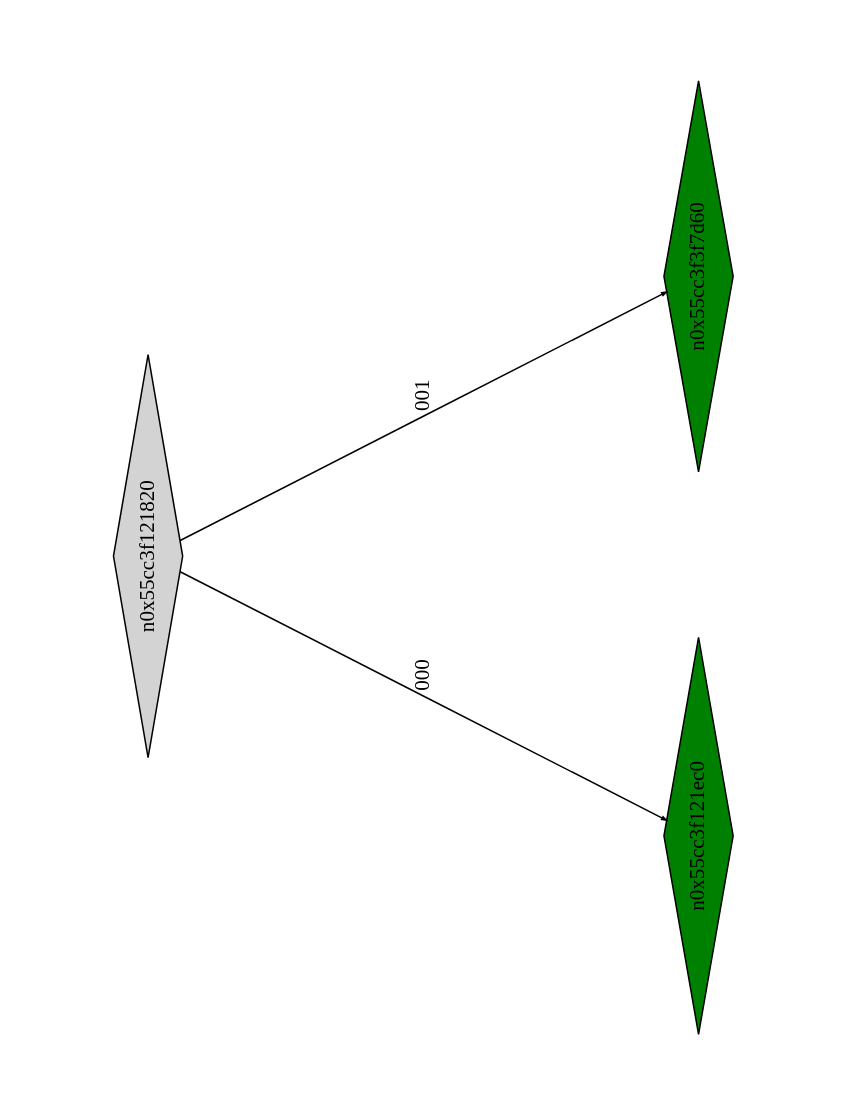
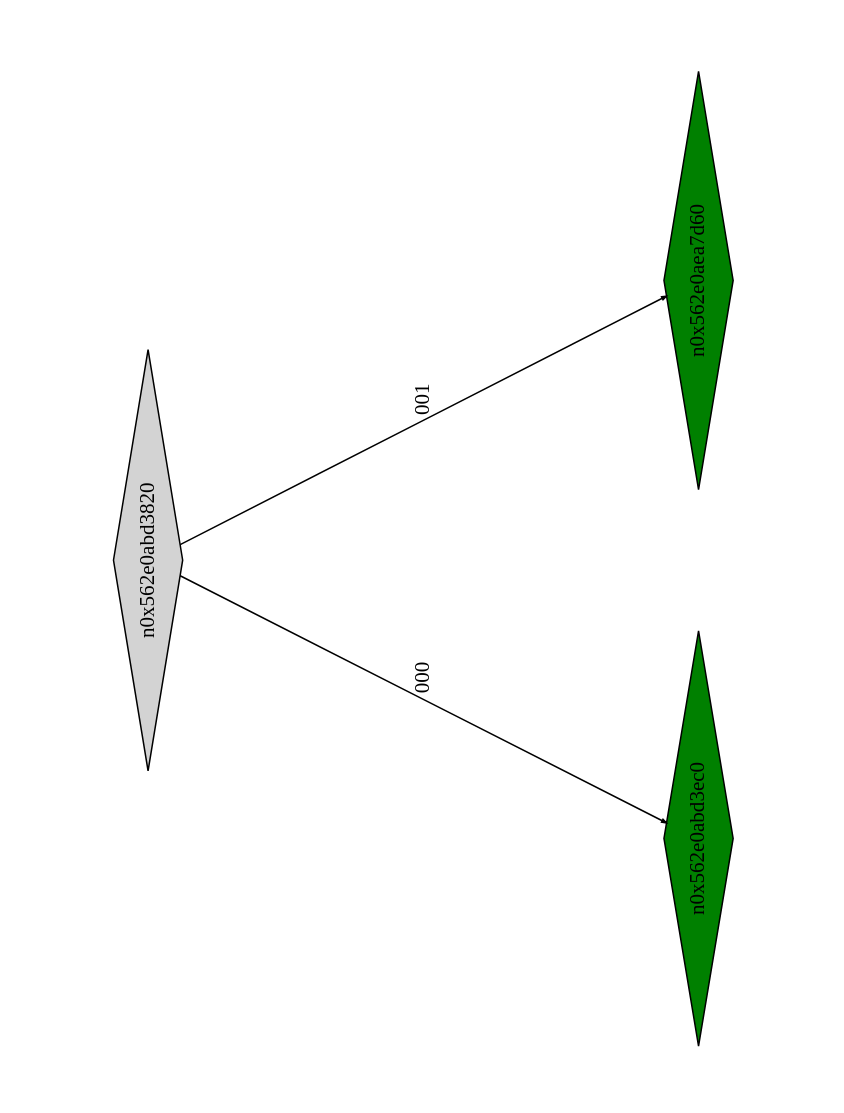
The diagram in example2_klee_out/ptree_00000102.dot (Research-Tools-PAVT/PSE-Program-Examples), drawn with Graphviz before and after one commit. The commit also changed 38 other files, not shown here.

```diff
--- a/example2_klee_out/ptree_00000102.dot
+++ b/example2_klee_out/ptree_00000102.dot
@@ -1,13 +1,13 @@
 digraph G {
 	size="10,7.5";
 	ratio=fill;
 	rotate=90;
 	center = "true";
 	node [style="filled",width=.1,height=.1,fontname="Terminus"]
 	edge [arrowsize=.3]
-	n0x55cc3f121820 [shape=diamond];
-	n0x55cc3f121820 -> n0x55cc3f121ec0 [label=000];
-	n0x55cc3f121820 -> n0x55cc3f3f7d60 [label=001];
-	n0x55cc3f3f7d60 [shape=diamond,fillcolor=green];
-	n0x55cc3f121ec0 [shape=diamond,fillcolor=green];
+	n0x562e0abd3820 [shape=diamond];
+	n0x562e0abd3820 -> n0x562e0abd3ec0 [label=000];
+	n0x562e0abd3820 -> n0x562e0aea7d60 [label=001];
+	n0x562e0aea7d60 [shape=diamond,fillcolor=green];
+	n0x562e0abd3ec0 [shape=diamond,fillcolor=green];
 }
```
